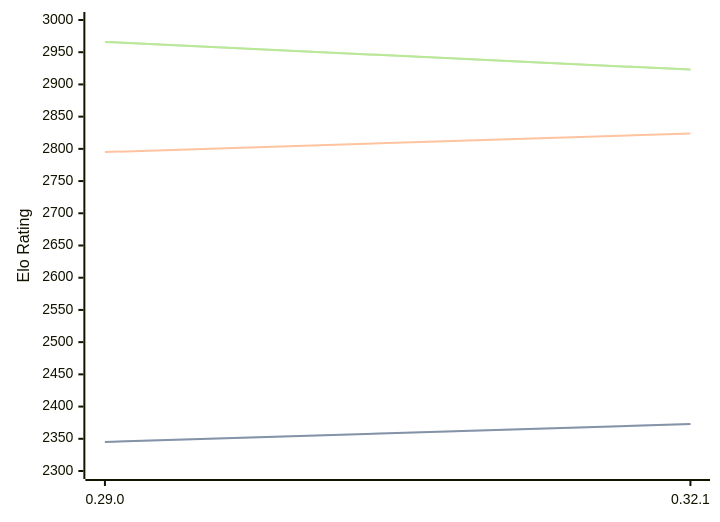
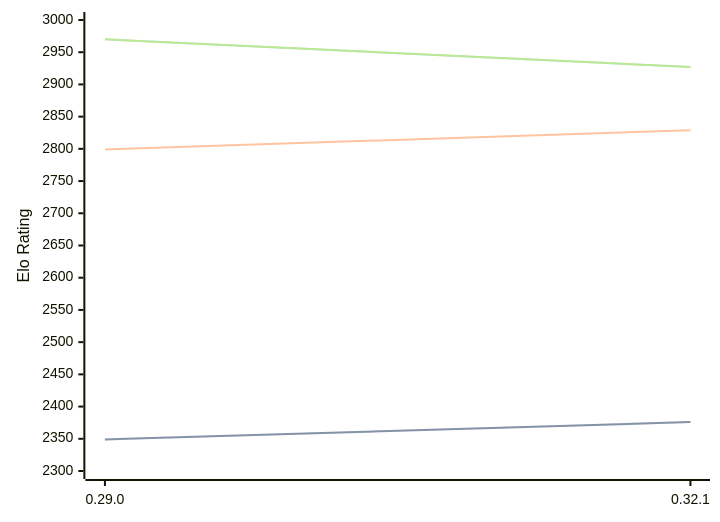
Before and after one commit to computer-chess-index/cci: the diagram in engines/Lc0.md, drawn with Mermaid. The commit also changed other lines of this file, not shown here.

Commit message:
Update CCI Ratings (ELO VLTC) - 2026-02-24

````diff
--- a/engines/Lc0.md
+++ b/engines/Lc0.md
@@ -65,11 +65,11 @@
 ```mermaid
 %%{init: {"theme":"base","themeVariables":{"seriesColors:['#a3a3a3','#222221','#faa371']}}}%%
 xychart-beta
   x-axis ["0.29.0", "0.32.1"]
   y-axis "Elo Rating" 2300 --> 3000
-  line "STC (8.0+0.08s)" [2345, 2373]
-  line "STC (8.0+0.08s)" [2345, 2373]
-  line "LTC (60.0+0.60s)" [2795, 2824]
-  line "VLTC (2m24s+1.12s)" [2966, 2923]
-  line "VLTC (2m24s+1.12s)" [2966, 2923]
+  line "STC (8.0+0.08s)" [2349, 2376]
+  line "STC (8.0+0.08s)" [2349, 2376]
+  line "LTC (60.0+0.60s)" [2799, 2829]
+  line "VLTC (2m24s+1.12s)" [2970, 2927]
+  line "VLTC (2m24s+1.12s)" [2970, 2927]
 ```
````
